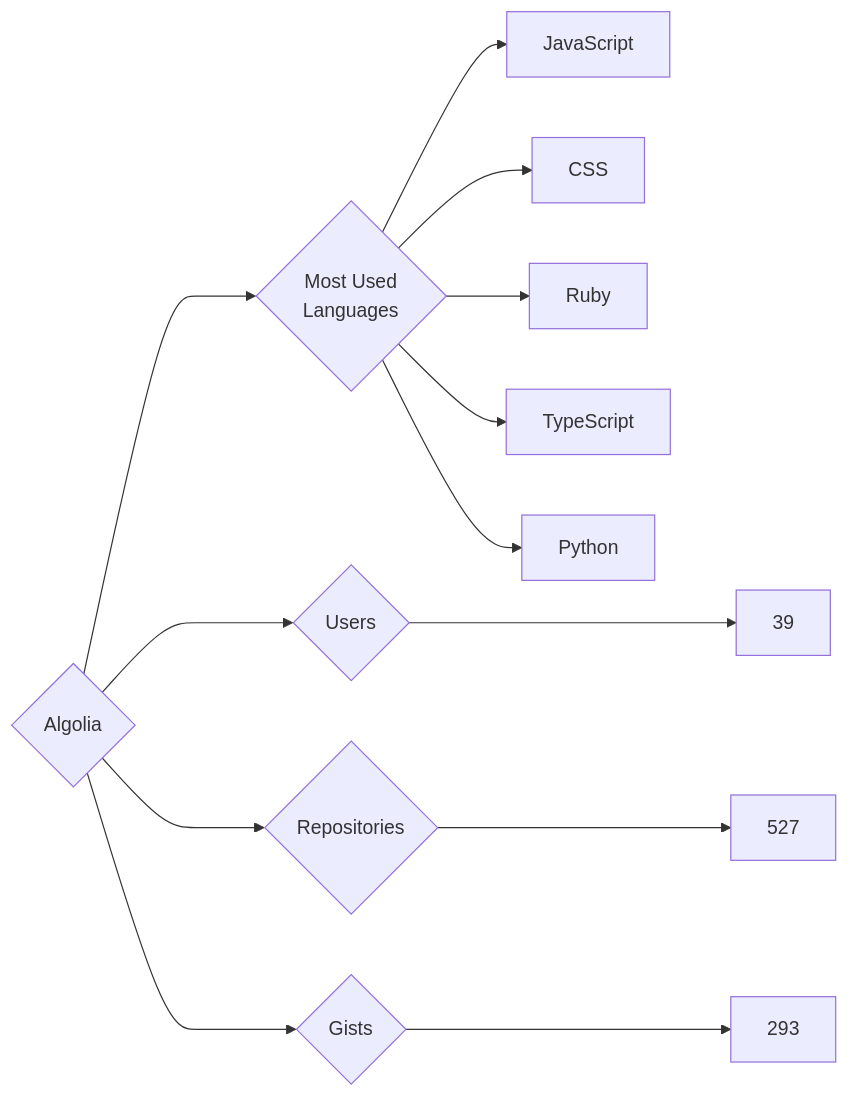
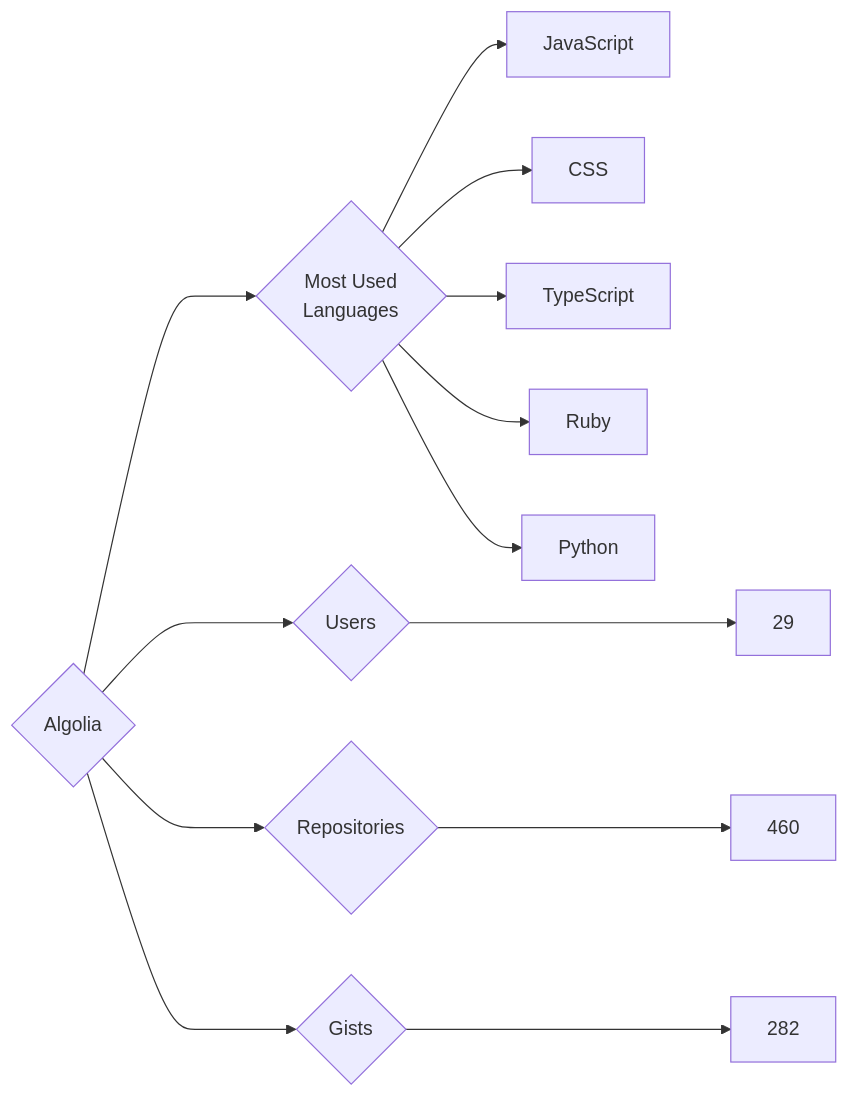
Before and after one commit to trickest/insiders: the diagram in targets/Algolia/README.md, drawn with Mermaid. The commit also changed 681 other files, not shown here.

````diff
--- a/targets/Algolia/README.md
+++ b/targets/Algolia/README.md
@@ -3,13 +3,13 @@
 ```mermaid
 graph LR
 COMPANY_NAME{Algolia}
-COMPANY_NAME ---> U{Users} ---> UN[39]
-COMPANY_NAME ---> R{Repositories} ---> RN[527]
-COMPANY_NAME ---> G{Gists} ---> GN[293]
+COMPANY_NAME ---> U{Users} ---> UN[29]
+COMPANY_NAME ---> R{Repositories} ---> RN[460]
+COMPANY_NAME ---> G{Gists} ---> GN[282]
 COMPANY_NAME ---> ML{Most Used<br>Languages}
 ML --> JavaScript[JavaScript]
 ML --> CSS[CSS]
+ML --> TypeScript[TypeScript]
 ML --> Ruby[Ruby]
-ML --> TypeScript[TypeScript]
 ML --> Python[Python]
 ```
````
